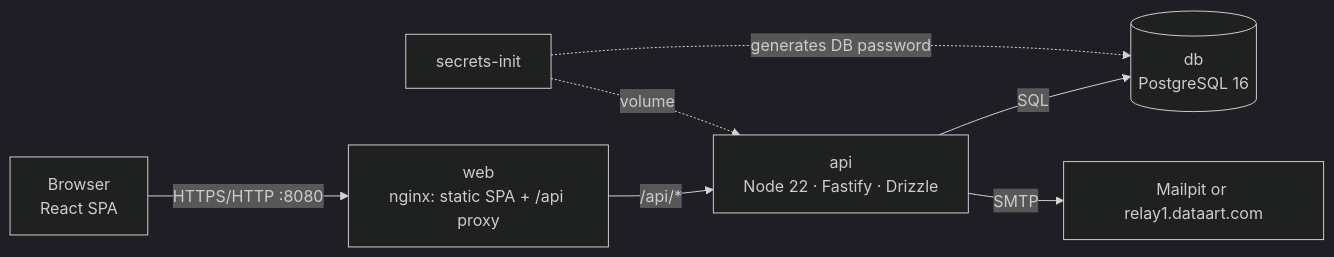
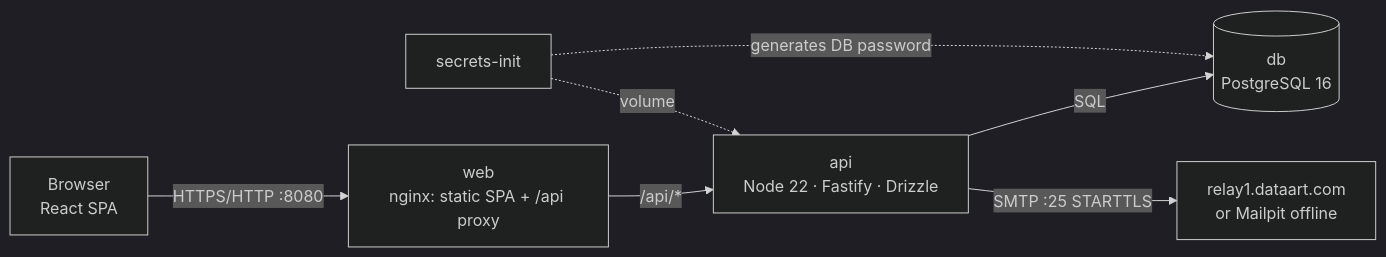
The diagram in README.md (natalicoder/ticket-tracker), drawn with Mermaid (dark theme) before and after one commit. The commit also changed other lines of this file and 7 other files, not shown here.

First line of the commit message:
feat: send email through relay1.dataart.com by default; Mailpit becomes an opt-in profile

````diff
--- a/README.md
+++ b/README.md
@@ -79,9 +76,9 @@
 ```mermaid
 flowchart LR
   B[Browser<br/>React SPA] -->|HTTPS/HTTP :8080| W[web<br/>nginx: static SPA + /api proxy]
   W -->|/api/*| A[api<br/>Node 22 · Fastify · Drizzle]
   A -->|SQL| D[(db<br/>PostgreSQL 16)]
-  A -->|SMTP| M[Mailpit or relay1.dataart.com]
+  A -->|SMTP :25 STARTTLS| M[relay1.dataart.com<br/>or Mailpit offline]
   S[secrets-init] -. generates DB password .-> D
   S -. volume .-> A
 ```
````
